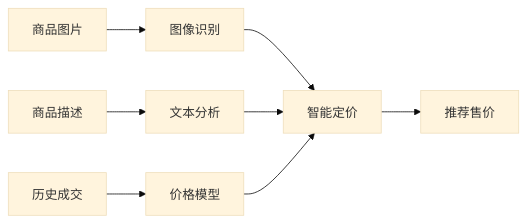
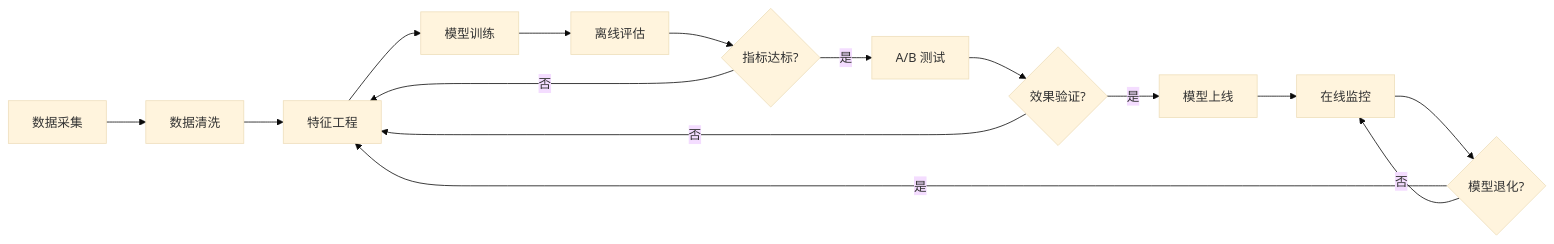
The seventh of 8 diagrams in topic-application-architecture/42-secondhand-circular.md (kudig-io/kudig-database), drawn with Mermaid (base theme) before and after one commit. The commit also changed other lines of this file and 8633 other files, not shown here.

````diff
--- a/topic-application-architecture/42-secondhand-circular.md
+++ b/topic-application-architecture/42-secondhand-circular.md
@@ -160,8 +761,17 @@
 ```mermaid
 flowchart LR
-    A[商品图片] --> B[图像识别]
-    C[商品描述] --> D[文本分析]
-    E[历史成交] --> F[价格模型]
-    B & D & F --> G[智能定价]
-    G --> H[推荐售价]
+    A[数据采集] --> B[数据清洗]
+    B --> C[特征工程]
+    C --> D[模型训练]
+    D --> E[离线评估]
+    E --> F{指标达标?}
+    F -->|是| G[A/B 测试]
+    F -->|否| C
+    G --> H{效果验证?}
+    H -->|是| I[模型上线]
+    H -->|否| C
+    I --> J[在线监控]
+    J --> K{模型退化?}
+    K -->|是| C
+    K -->|否| J
 ```
````
